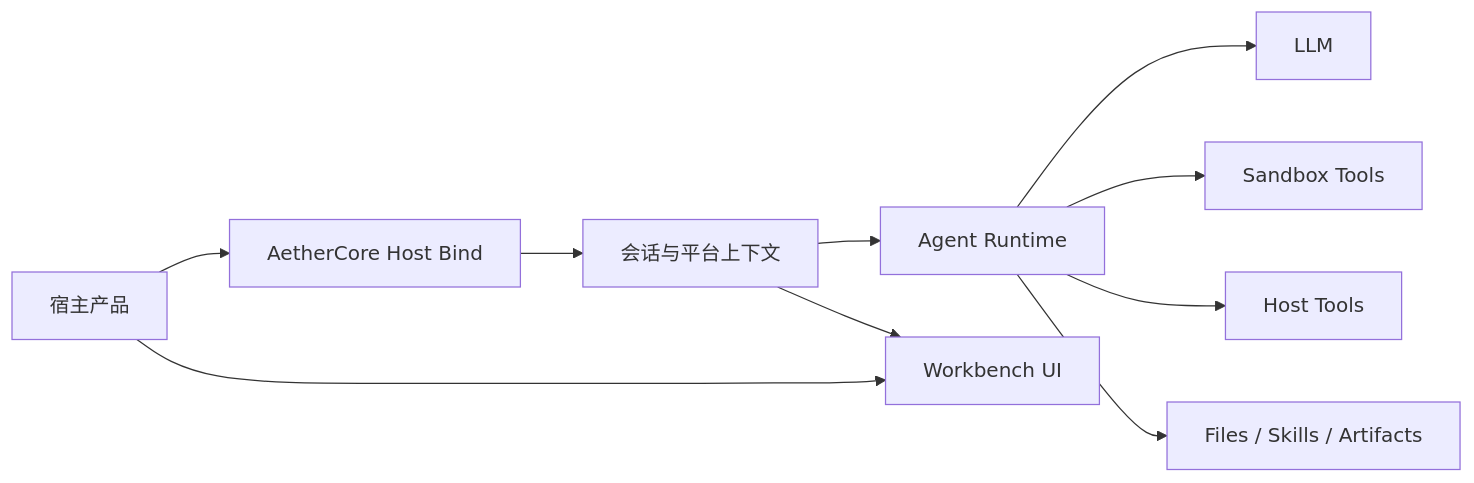
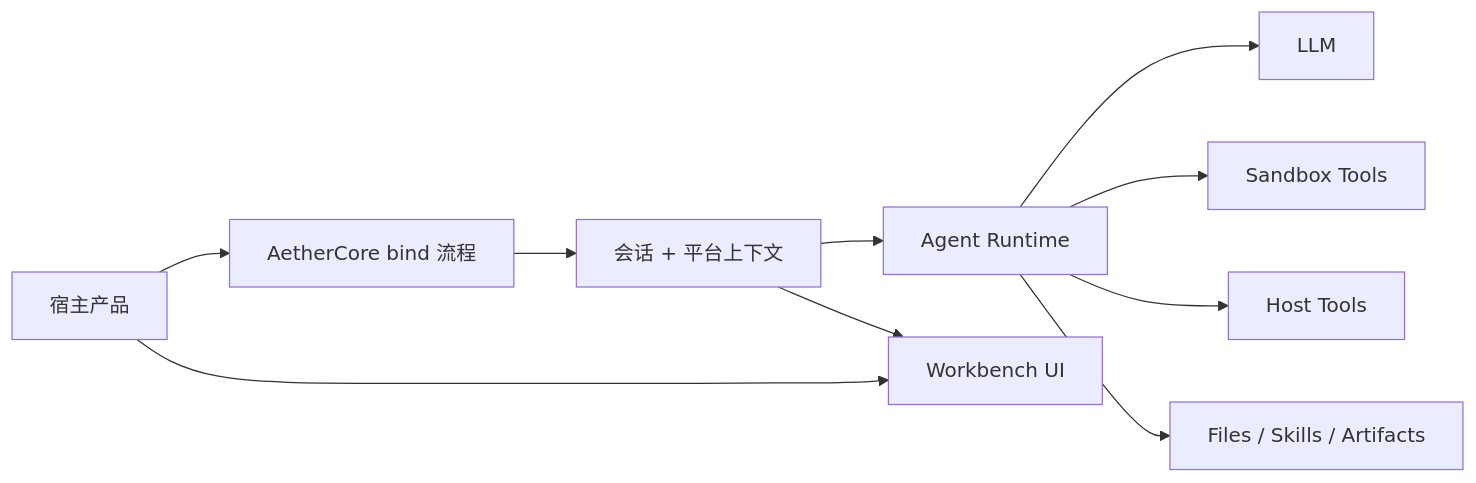
One commit to Cryremis/aether-core changed the diagram in README.zh-CN.md. Above: the diagram before and after it, drawn with Mermaid. The commit also changed other lines of this file and 14 other files, not shown here.

````diff
--- a/README.zh-CN.md
+++ b/README.zh-CN.md
@@ -51,12 +69,12 @@
 ```mermaid
 flowchart LR
-    A["宿主产品"] --> B["AetherCore Host Bind"]
-    B --> C["会话与平台上下文"]
+    A["宿主产品"] --> B["AetherCore bind 流程"]
+    B --> C["会话 + 平台上下文"]
     C --> D["Agent Runtime"]
     D --> E["LLM"]
     D --> F["Sandbox Tools"]
     D --> G["Host Tools"]
     D --> H["Files / Skills / Artifacts"]
     C --> I["Workbench UI"]
     A --> I
 ```
````
